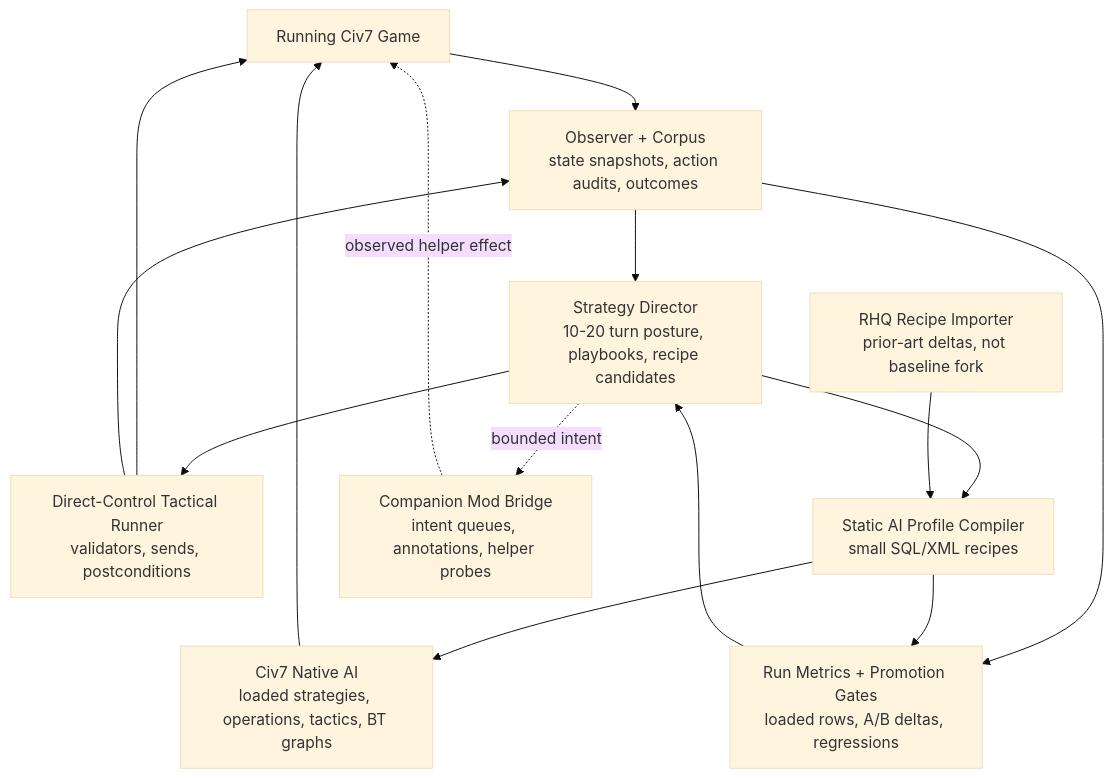
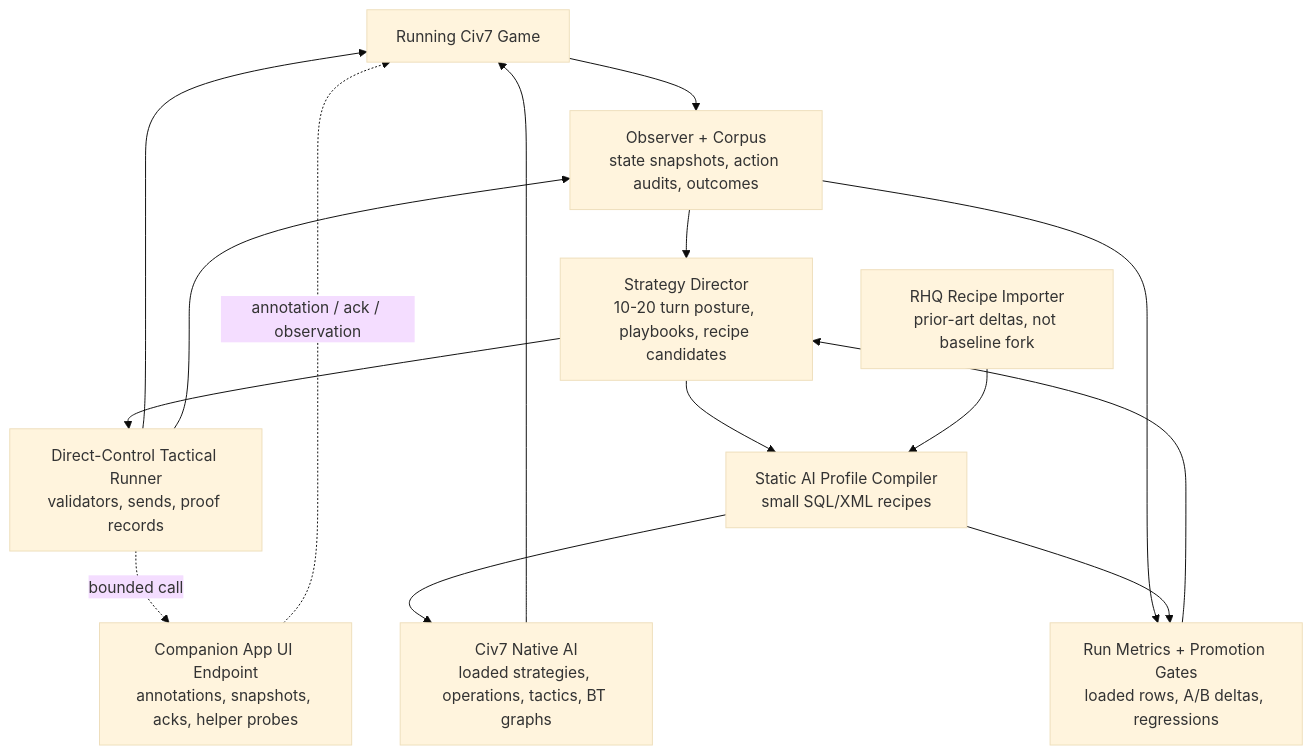
Before and after one commit to mateicanavra/civ7-modding-tools: the first of 4 diagrams in docs/projects/civ7-intelligence-layer/SOLUTION-FRAME.md, drawn with Mermaid (base theme). The commit also changed other lines of this file and 19 other files, not shown here.

````diff
--- a/docs/projects/civ7-intelligence-layer/SOLUTION-FRAME.md
+++ b/docs/projects/civ7-intelligence-layer/SOLUTION-FRAME.md
@@ -141,27 +190,27 @@
 ```mermaid
 flowchart TB
   Game["Running Civ7 Game"]
   Observer["Observer + Corpus\nstate snapshots, action audits, outcomes"]
   Director["Strategy Director\n10-20 turn posture, playbooks, recipe candidates"]
-  Tactical["Direct-Control Tactical Runner\nvalidators, sends, postconditions"]
+  Tactical["Direct-Control Tactical Runner\nvalidators, sends, proof records"]
   Compiler["Static AI Profile Compiler\nsmall SQL/XML recipes"]
   RHQ["RHQ Recipe Importer\nprior-art deltas, not baseline fork"]
-  Bridge["Companion Mod Bridge\nintent queues, annotations, helper probes"]
+  Bridge["Companion App UI Endpoint\nannotations, snapshots, acks, helper probes"]
   Native["Civ7 Native AI\nloaded strategies, operations, tactics, BT graphs"]
   Metrics["Run Metrics + Promotion Gates\nloaded rows, A/B deltas, regressions"]
 
   Game --> Observer
   Observer --> Director
   Director --> Tactical
   Tactical --> Game
   Tactical --> Observer
   Director --> Compiler
   RHQ --> Compiler
   Compiler --> Native
   Native --> Game
-  Director -. bounded intent .-> Bridge
-  Bridge -. observed helper effect .-> Game
+  Tactical -. bounded call .-> Bridge
+  Bridge -. annotation / ack / observation .-> Game
   Observer --> Metrics
   Compiler --> Metrics
   Metrics --> Director
 ```
````
